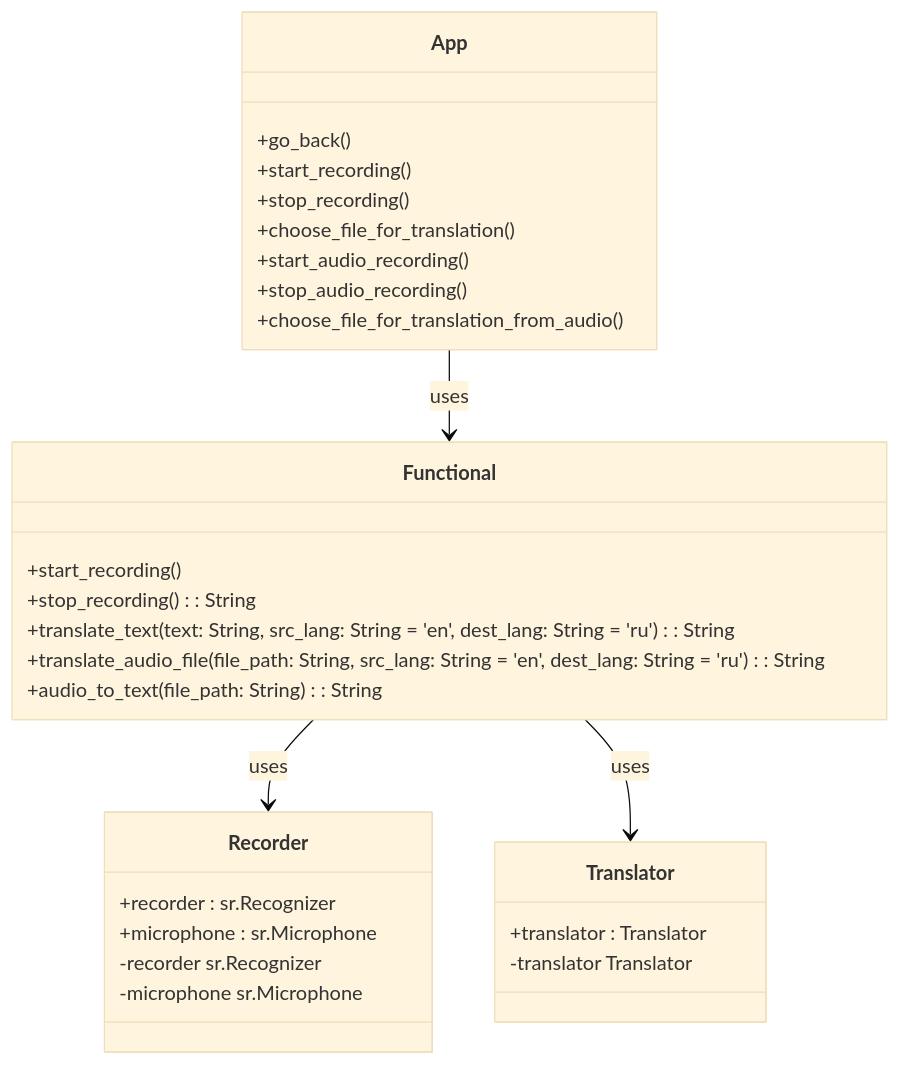
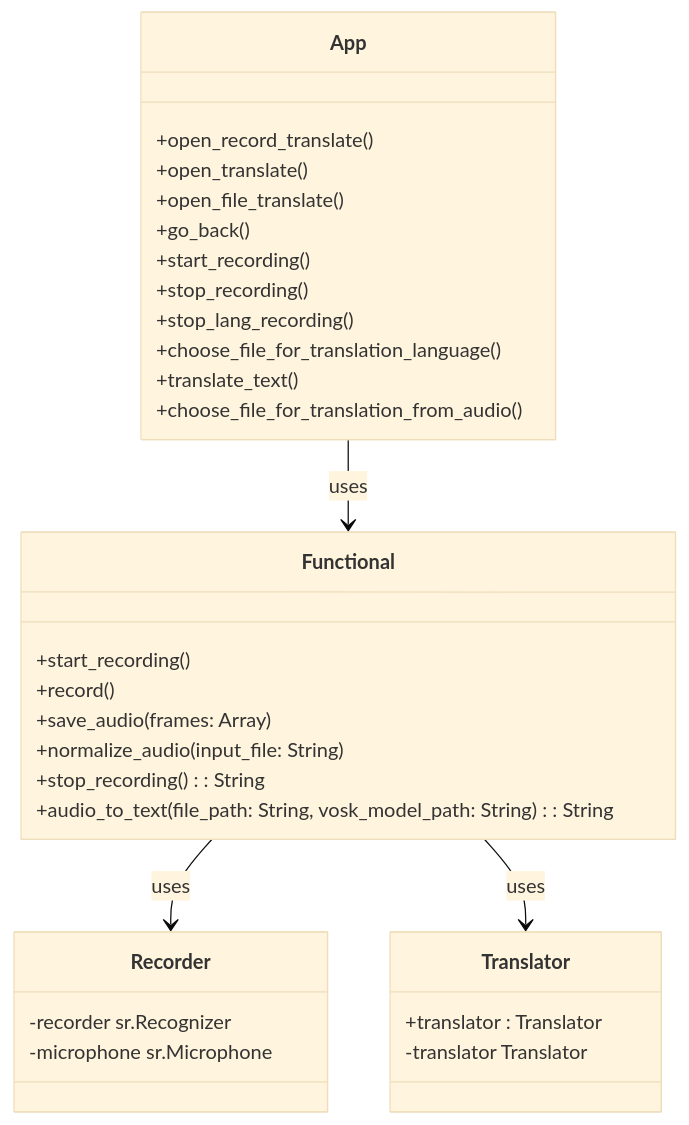
The first of 2 diagrams in docs/struct.md (Retnug228/Lab3Orpo), drawn with Mermaid (base theme) before and after one commit.

````diff
--- a/docs/struct.md
+++ b/docs/struct.md
@@ -10,38 +10,37 @@
 ```mermaid
 classDiagram
     class App {
+        +open_record_translate()
+        +open_translate()
+        +open_file_translate()
         +go_back()
         +start_recording()
         +stop_recording()
-        +choose_file_for_translation()
-        +start_audio_recording()
-        +stop_audio_recording()
+        +stop_lang_recording()
+        +choose_file_for_translation_language()
+        +translate_text()
         +choose_file_for_translation_from_audio()
     }
 
     class Functional {
         +start_recording()
+        +record()
+        +save_audio(frames: Array)
+        +normalize_audio(input_file: String)
         +stop_recording() : String
-        +translate_text(text: String, src_lang: String = 'en', dest_lang: String = 'ru') : String
-        +translate_audio_file(file_path: String, src_lang: String = 'en', dest_lang: String = 'ru') : String
-        +audio_to_text(file_path: String) : String
-    }
-
-    class Recorder {
-        +recorder : sr.Recognizer
-        +microphone : sr.Microphone
+        +audio_to_text(file_path: String, vosk_model_path: String) : String
     }
 
     class Translator {
         +translator : Translator
     }
 
     App --> Functional : uses
     Functional --> Recorder : uses
     Functional --> Translator : uses
 
     Recorder : -recorder  sr.Recognizer
     Recorder : -microphone  sr.Microphone
 
     Translator : -translator  Translator
 ```
````
